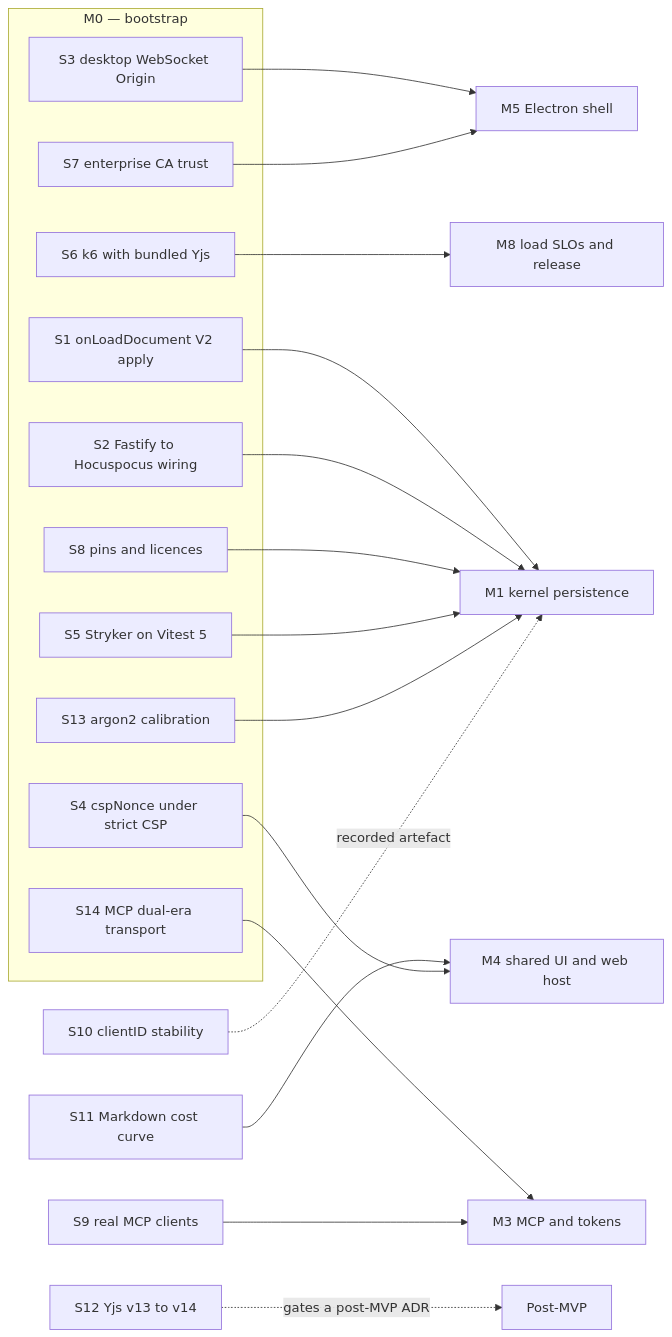
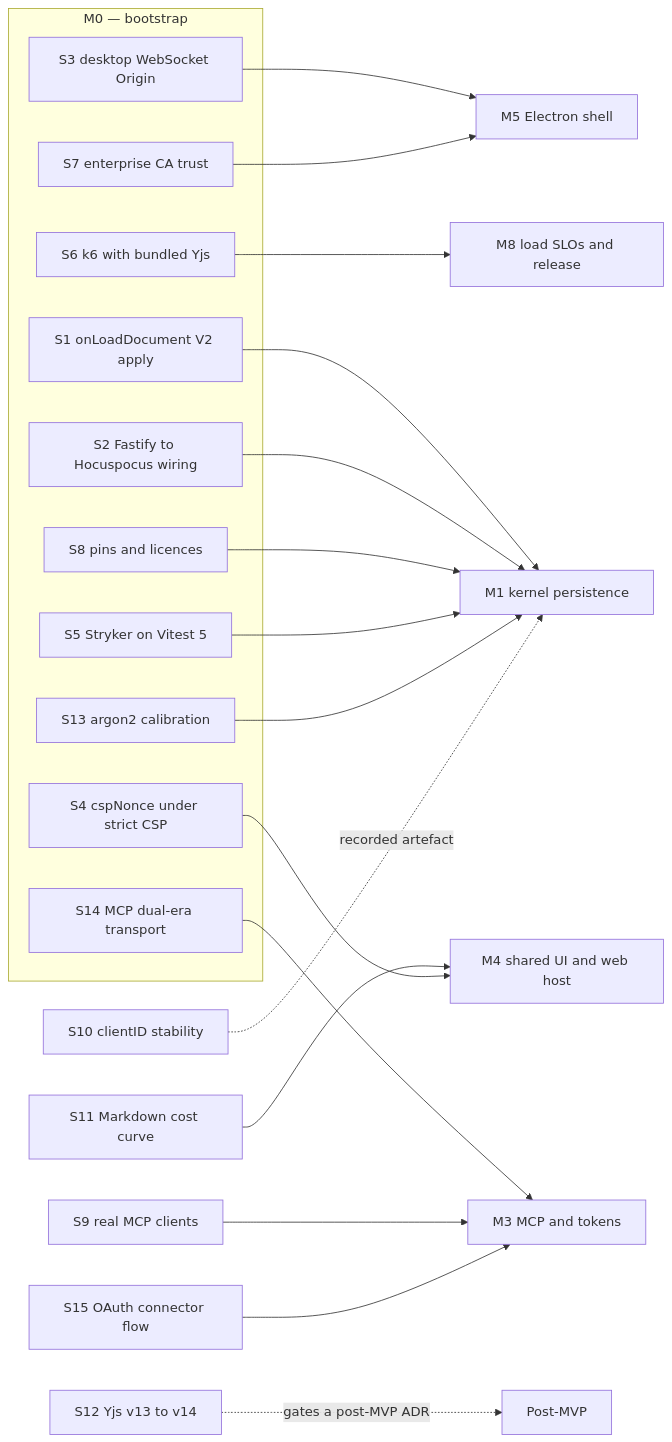
One commit to Mythikos/iridium changed the second of 2 diagrams in docs/plan/14-risks-and-open-questions.md. Above: the diagram before and after it, drawn with Mermaid. The commit also changed other lines of this file and 15 other files, not shown here.

````diff
--- a/docs/plan/14-risks-and-open-questions.md
+++ b/docs/plan/14-risks-and-open-questions.md
@@ -558,29 +585,30 @@
 ```mermaid
 flowchart LR
     subgraph M0["M0 — bootstrap"]
         S1["S1 onLoadDocument V2 apply"]
         S2["S2 Fastify to Hocuspocus wiring"]
         S3["S3 desktop WebSocket Origin"]
         S4["S4 cspNonce under strict CSP"]
         S5["S5 Stryker on Vitest 5"]
         S6["S6 k6 with bundled Yjs"]
         S7["S7 enterprise CA trust"]
         S8["S8 pins and licences"]
         S13["S13 argon2 calibration"]
         S14["S14 MCP dual-era transport"]
     end
     S1 --> M1["M1 kernel persistence"]
     S2 --> M1
     S8 --> M1
     S5 --> M1
     S13 --> M1
     S14 --> M3["M3 MCP and tokens"]
     S9["S9 real MCP clients"] --> M3
+    S15["S15 OAuth connector flow"] --> M3
     S11["S11 Markdown cost curve"] --> M4["M4 shared UI and web host"]
     S4 --> M4
     S3 --> M5["M5 Electron shell"]
     S7 --> M5
     S6 --> M8["M8 load SLOs and release"]
     S10["S10 clientID stability"] -.recorded artefact.-> M1
     S12["S12 Yjs v13 to v14"] -.gates a post-MVP ADR.-> PMVP["Post-MVP"]
 ```
````
